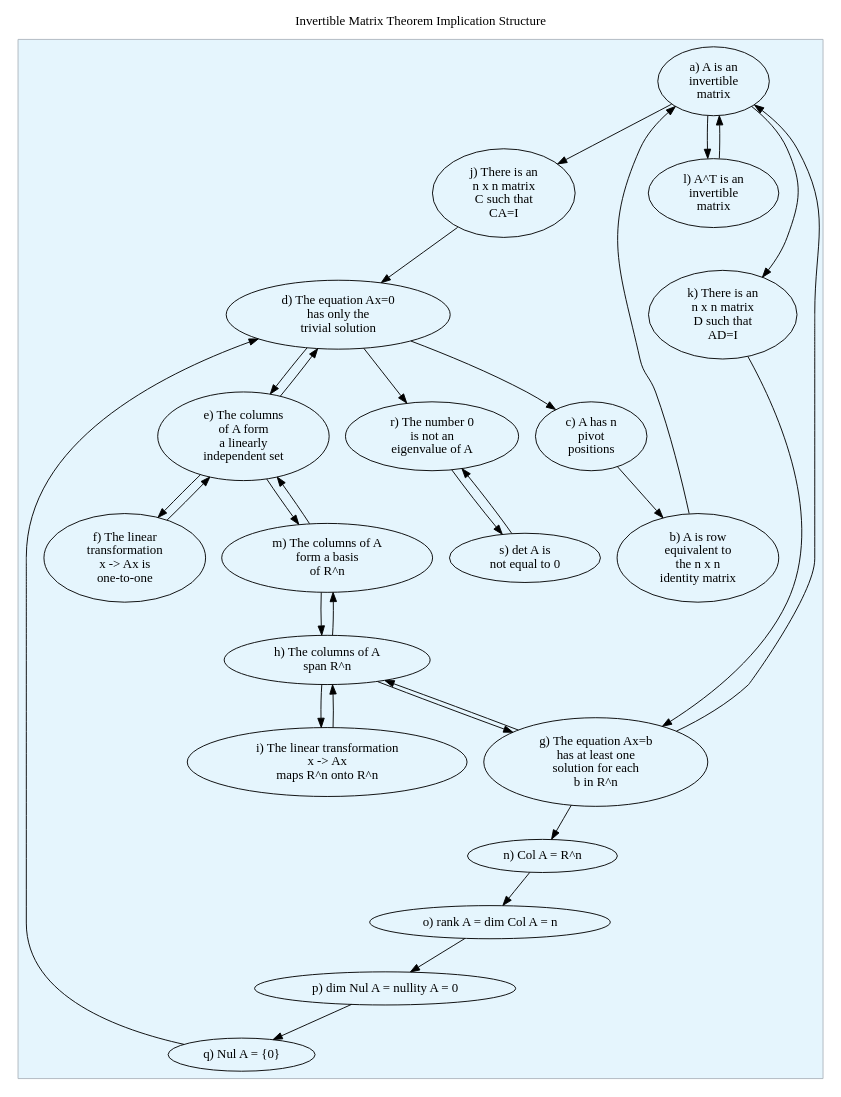
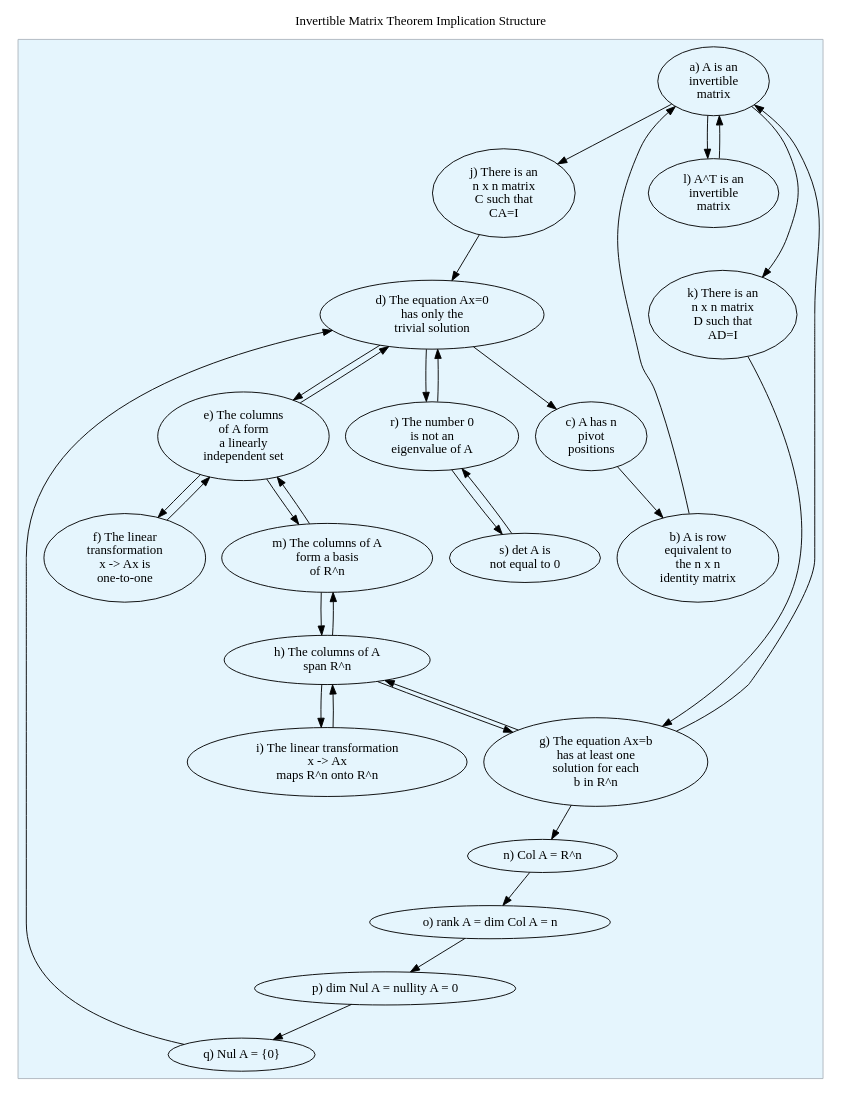
Before and after one commit to jllovet/jhu-en-625-252-fa26-linear-algebra: the diagram in disucssion-6/invertible-matrix-theorem.dot, drawn with Graphviz. The commit also changed 1 other file, not shown here.

```diff
--- a/disucssion-6/invertible-matrix-theorem.dot
+++ b/disucssion-6/invertible-matrix-theorem.dot
@@ -1,88 +1,89 @@
 digraph G {
     rankdir="TB"
     ratio=auto
     ranksep=auto
     // layout=neato
     // overlap=false
 
     // dot2tex: LaTeX preamble for the standalone document
     d2tdocpreamble="\usepackage{amsmath}\usepackage{amssymb}"
 
     label="Invertible Matrix Theorem Implication Structure"
     texlbl="\textbf{Invertible Matrix Theorem Implication Structure}"
     labelloc="t"
 
     // Nodes
     // `label` is used by plain Graphviz (dot -Tpng); `texlbl` is used by dot2tex.
     subgraph cluster_imt {
         label=""
         texlbl=""
         style=rounded
         style=filled
         pencolor="#AEB6BE"
         bgcolor="#E5F5FD"
         prop_a [label="a) A is an\ninvertible\nmatrix"
                 texlbl="\shortstack{a) $A$ is an\\invertible\\matrix}"]
         prop_b [label="b) A is row\nequivalent to\nthe n x n\nidentity matrix"
                 texlbl="\shortstack{b) $A$ is row\\equivalent to\\the $n \times n$\\identity matrix}"]
         prop_c [label="c) A has n\npivot\npositions"
                 texlbl="\shortstack{c) $A$ has $n$\\pivot\\positions}"]
         prop_d [label="d) The equation Ax=0\nhas only the\ntrivial solution"
                 texlbl="\shortstack{d) The equation $A\mathbf{x}=\mathbf{0}$\\has only the\\trivial solution}"]
         prop_e [label="e) The columns\nof A form\na linearly\nindependent set"
                 texlbl="\shortstack{e) The columns\\of $A$ form\\a linearly\\independent set}"]
         prop_f [label="f) The linear\ntransformation\nx -> Ax is\none-to-one"
                 texlbl="\shortstack{f) The linear\\transformation\\$\mathbf{x} \mapsto A\mathbf{x}$ is\\one-to-one}"]
         prop_g [label="g) The equation Ax=b\nhas at least one\nsolution for each\nb in R^n"
                 texlbl="\shortstack{g) The equation $A\mathbf{x}=\mathbf{b}$\\has at least one\\solution for each\\$\mathbf{b} \in \mathbb{R}^n$}"]
         prop_h [label="h) The columns of A\nspan R^n"
                 texlbl="\shortstack{h) The columns of $A$\\span $\mathbb{R}^n$}"]
         prop_i [label="i) The linear transformation\nx -> Ax\nmaps R^n onto R^n"
                 texlbl="\shortstack{i) The linear transformation\\$\mathbf{x} \mapsto A\mathbf{x}$\\maps $\mathbb{R}^n$ onto $\mathbb{R}^n$}"]
         prop_j [label="j) There is an\nn x n matrix\nC such that\nCA=I"
                 texlbl="\shortstack{j) There is an\\$n \times n$ matrix\\$C$ such that\\$CA=I$}"]
         prop_k [label="k) There is an\nn x n matrix\nD such that\nAD=I"
                 texlbl="\shortstack{k) There is an\\$n \times n$ matrix\\$D$ such that\\$AD=I$}"]
         prop_l [label="l) A^T is an\ninvertible\nmatrix"
                 texlbl="\shortstack{l) $A^T$ is an\\invertible\\matrix}"]
         prop_m [label="m) The columns of A\nform a basis\nof R^n"
                 texlbl="\shortstack{m) The columns of $A$\\form a basis\\of $\mathbb{R}^n$}"]
         prop_n [label="n) Col A = R^n"
                 texlbl="n) $\operatorname{Col} A = \mathbb{R}^n$"]
         prop_o [label="o) rank A = dim Col A = n"
                 texlbl="o) $\operatorname{rank} A = \dim \operatorname{Col} A = n$"]
         prop_p [label="p) dim Nul A = nullity A = 0"
                 texlbl="p) $\dim \operatorname{Nul} A = \operatorname{nullity} A = 0$"]
         prop_q [label="q) Nul A = {0}"
                 texlbl="q) $\operatorname{Nul} A = \{\mathbf{0}\}$"]
         prop_r [label="r) The number 0\nis not an\neigenvalue of A"
                 texlbl="\shortstack{r) The number $0$\\is not an\\eigenvalue of $A$}"]
         prop_s [label="s) det A is\nnot equal to 0"
                 texlbl="s) $\det A \neq 0$"]
     }
 
     // Edges
 
     prop_a -> prop_j -> prop_d -> prop_c -> prop_b -> prop_a
 
     prop_a -> prop_l
     prop_l -> prop_a
 
     prop_a -> prop_k -> prop_g -> prop_a
 
     prop_g -> prop_h -> prop_i -> prop_h -> prop_g
 
     prop_g -> prop_n -> prop_o -> prop_p -> prop_q -> prop_d
 
     prop_d -> prop_e -> prop_f -> prop_e -> prop_d
 
     prop_m -> prop_e -> prop_m
 
     prop_m -> prop_h -> prop_m
 
     prop_r -> prop_s
     prop_s -> prop_r
 
     prop_d -> prop_r
+    prop_r -> prop_d
 
 }
```
